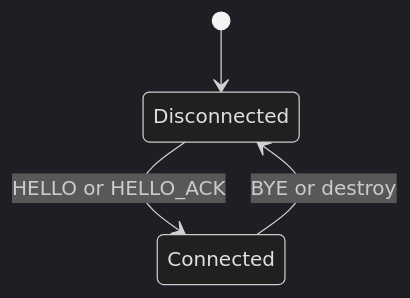
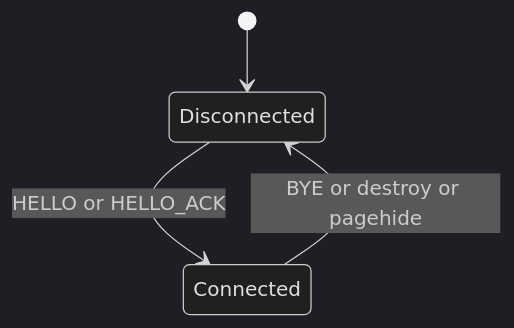
One commit to webex/webex-js-sdk changed the third of 3 diagrams in packages/@webex/web-extension-bridge/src/web/docs/README.md. Above: the diagram before and after it, drawn with Mermaid (dark theme). The commit also changed other lines of this file and 2 other files, not shown here.

Commit message:
docs(web-extension-bridge): qualify Stage 0 FR8 bounds and per-tab worker state (SPARK-853132)

````diff
--- a/packages/@webex/web-extension-bridge/src/web/docs/README.md
+++ b/packages/@webex/web-extension-bridge/src/web/docs/README.md
@@ -187,6 +187,6 @@
 ```mermaid
 stateDiagram-v2
   [*] --> Disconnected
   Disconnected --> Connected: HELLO or HELLO_ACK
-  Connected --> Disconnected: BYE or destroy
+  Connected --> Disconnected: BYE or destroy or pagehide
 ```
````
